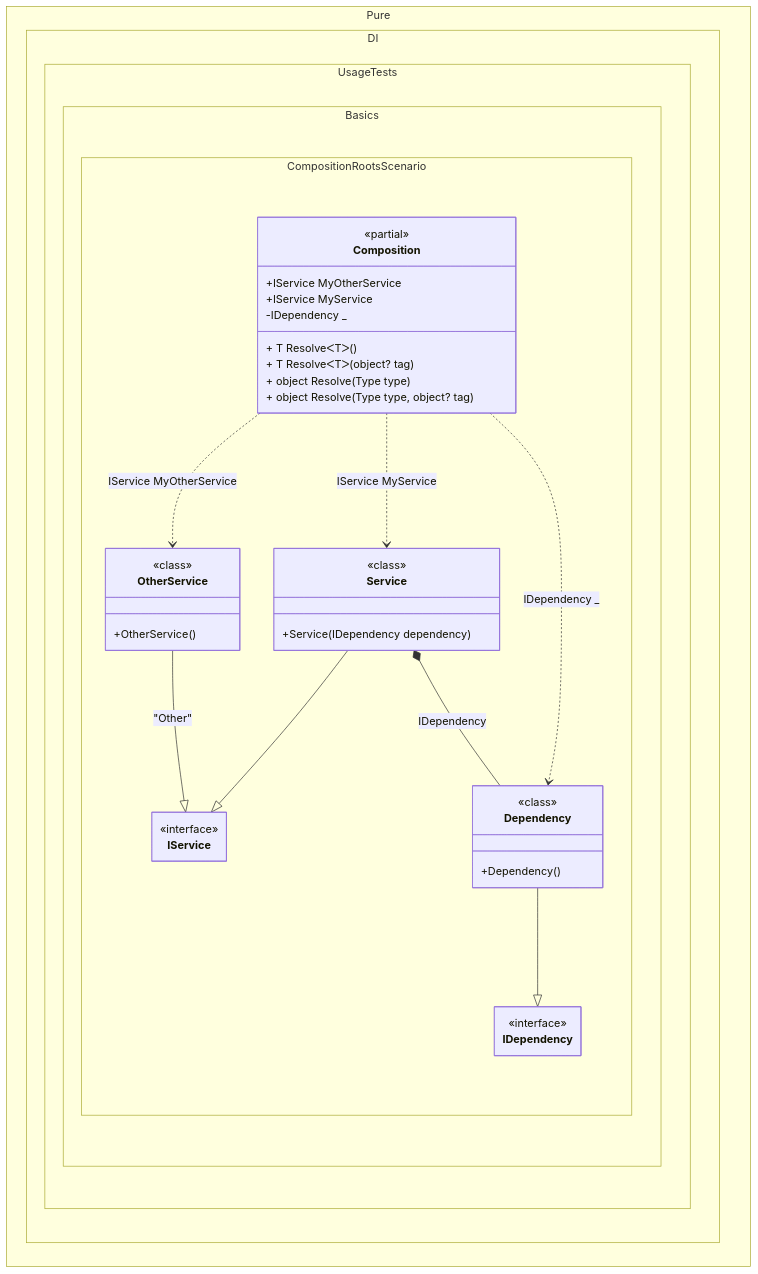
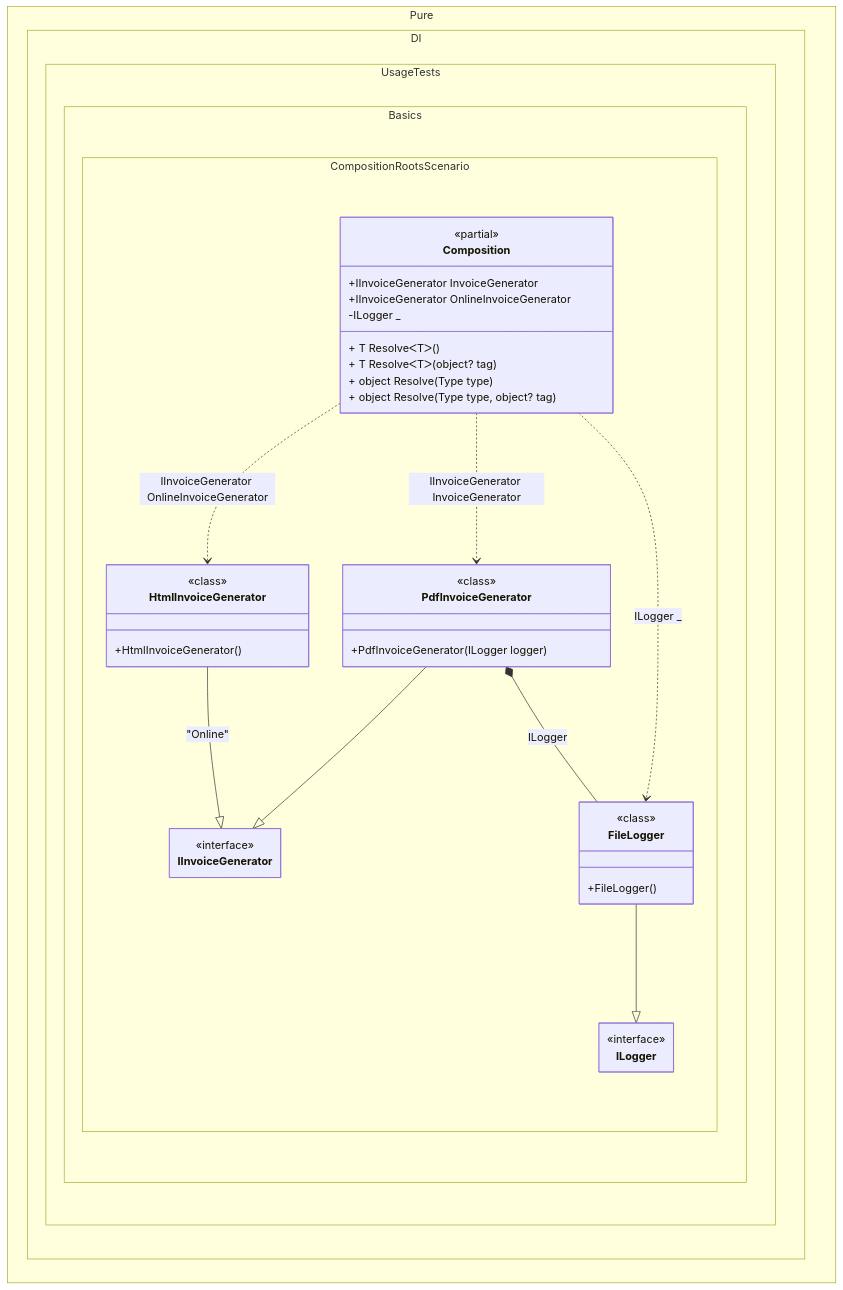
Before and after one commit to DevTeam/Pure.DI: the diagram in readme/composition-roots.md, drawn with Mermaid. The commit also changed other lines of this file and 126 other files, not shown here.

````diff
--- a/readme/composition-roots.md
+++ b/readme/composition-roots.md
@@ -286,47 +296,47 @@
 ```mermaid
 ---
  config:
   maxTextSize: 2147483647
   maxEdges: 2147483647
   class:
    hideEmptyMembersBox: true
 ---
 classDiagram
-	Service --|> IService
-	OtherService --|> IService : "Other" 
-	Dependency --|> IDependency
-	Composition ..> OtherService : IService MyOtherService
-	Composition ..> Dependency : IDependency _
-	Composition ..> Service : IService MyService
-	Service *--  Dependency : IDependency
+	PdfInvoiceGenerator --|> IInvoiceGenerator
+	HtmlInvoiceGenerator --|> IInvoiceGenerator : "Online" 
+	FileLogger --|> ILogger
+	Composition ..> HtmlInvoiceGenerator : IInvoiceGenerator OnlineInvoiceGenerator
+	Composition ..> FileLogger : ILogger _
+	Composition ..> PdfInvoiceGenerator : IInvoiceGenerator InvoiceGenerator
+	PdfInvoiceGenerator *--  FileLogger : ILogger
 	namespace Pure.DI.UsageTests.Basics.CompositionRootsScenario {
 		class Composition {
 		<<partial>>
-		+IService MyOtherService
-		+IService MyService
-		-IDependency _
+		+IInvoiceGenerator InvoiceGenerator
+		+IInvoiceGenerator OnlineInvoiceGenerator
+		-ILogger _
 		+ T ResolveᐸTᐳ()
 		+ T ResolveᐸTᐳ(object? tag)
 		+ object Resolve(Type type)
 		+ object Resolve(Type type, object? tag)
 		}
-		class Dependency {
+		class FileLogger {
 				<<class>>
-			+Dependency()
+			+FileLogger()
 		}
-		class IDependency {
+		class HtmlInvoiceGenerator {
+				<<class>>
+			+HtmlInvoiceGenerator()
+		}
+		class IInvoiceGenerator {
 			<<interface>>
 		}
-		class IService {
+		class ILogger {
 			<<interface>>
 		}
-		class OtherService {
+		class PdfInvoiceGenerator {
 				<<class>>
-			+OtherService()
-		}
-		class Service {
-				<<class>>
-			+Service(IDependency dependency)
+			+PdfInvoiceGenerator(ILogger logger)
 		}
 	}
 ```
````
